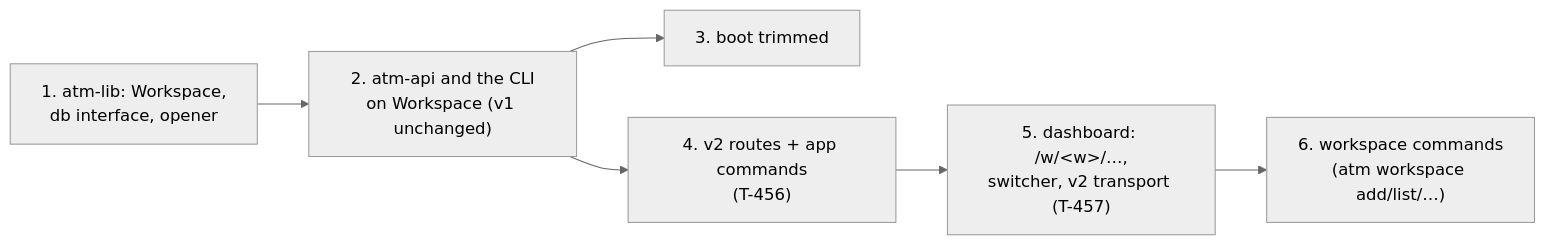
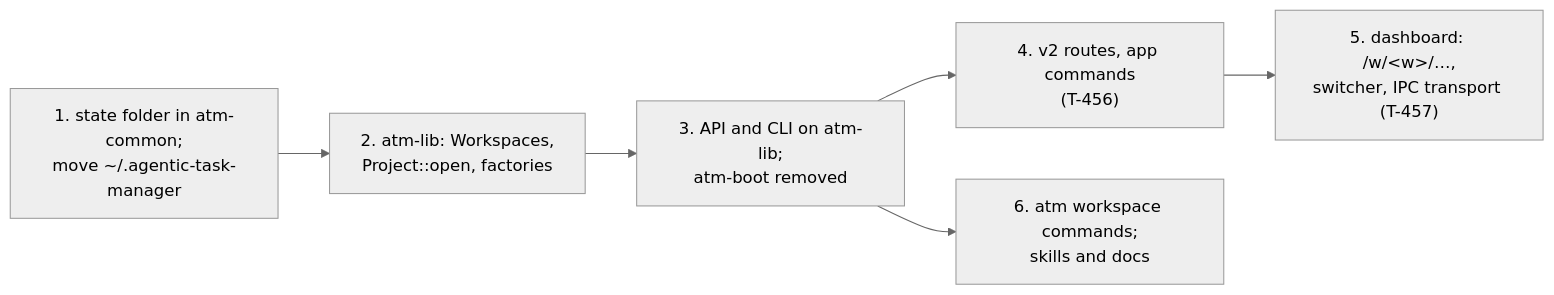
One commit to solo-swe/agentic-task-manager changed the fourth of 4 diagrams in docs/adr/ADR-003-workspaces.md. Above: the diagram before and after it, drawn with Mermaid (neutral theme). The commit also changed other lines of this file, not shown here.

Commit message:
docs(T-489): ADR-003 rewritten: workspaces as state, no project index, no boot

````diff
--- a/docs/adr/ADR-003-workspaces.md
+++ b/docs/adr/ADR-003-workspaces.md
@@ -148,8 +174,8 @@
 ```mermaid
 flowchart LR
-  A["1. atm-lib: Workspace,<br/>db interface, opener"] --> B["2. atm-api and the CLI<br/>on Workspace (v1 unchanged)"]
-  B --> C["3. boot trimmed"]
-  B --> D["4. v2 routes + app commands<br/>(T-456)"]
-  D --> E["5. dashboard: /w/&lt;w&gt;/…,<br/>switcher, v2 transport (T-457)"]
-  E --> F["6. workspace commands<br/>(atm workspace add/list/…)"]
+  A["1. state folder in atm-common;<br/>move ~/.agentic-task-manager"] --> B["2. atm-lib: Workspaces,<br/>Project::open, factories"]
+  B --> C["3. API and CLI on atm-lib;<br/>atm-boot removed"]
+  C --> D["4. v2 routes, app commands<br/>(T-456)"]
+  D --> E["5. dashboard: /w/&lt;w&gt;/…,<br/>switcher, IPC transport (T-457)"]
+  C --> F["6. atm workspace commands;<br/>skills and docs"]
 ```
````
